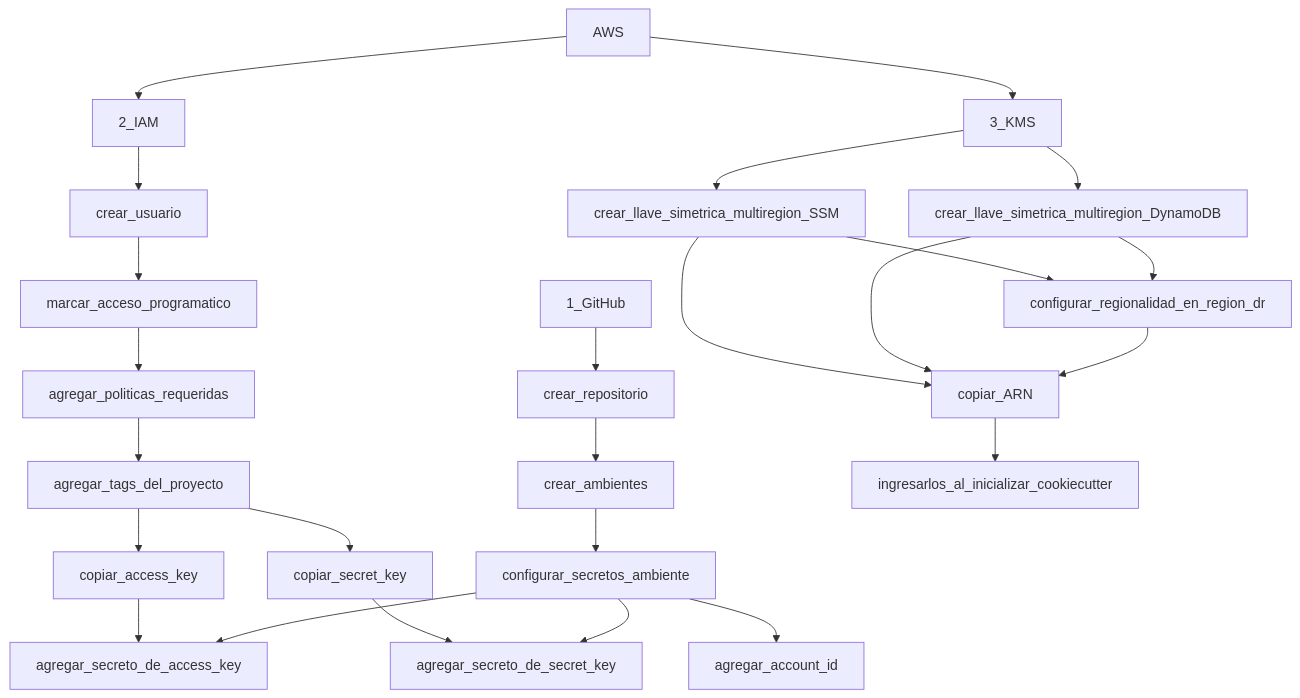
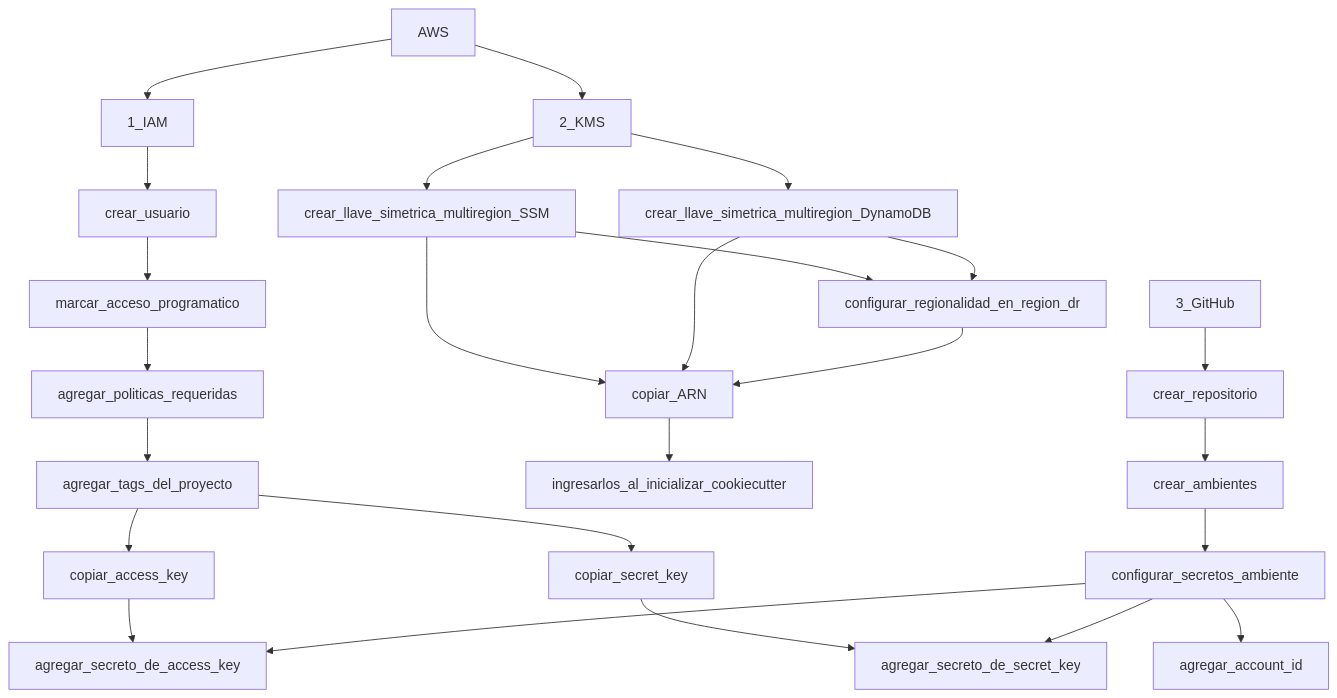
Before and after one commit to spsmexico/aws_sam_github_quickstart_template: the diagram in README.md, drawn with Mermaid. The commit also changed other lines of this file and 13 other files, not shown here.

````diff
--- a/README.md
+++ b/README.md
@@ -147,31 +147,32 @@
 ```mermaid
   graph TD;
 
-      1_GitHub-->crear_repositorio;
+
+      AWS-->1_IAM;
+      1_IAM-->crear_usuario;
+      crear_usuario-->marcar_acceso_programatico;
+      marcar_acceso_programatico-->agregar_politicas_requeridas;
+      agregar_politicas_requeridas-->agregar_tags_del_proyecto;
+      agregar_tags_del_proyecto-->copiar_access_key;
+      agregar_tags_del_proyecto-->copiar_secret_key;
+      
+      AWS-->2_KMS;
+      2_KMS-->crear_llave_simetrica_multiregion_SSM;
+      crear_llave_simetrica_multiregion_SSM-->copiar_ARN;
+      2_KMS-->crear_llave_simetrica_multiregion_DynamoDB;
+      crear_llave_simetrica_multiregion_DynamoDB-->copiar_ARN;
+      crear_llave_simetrica_multiregion_SSM-->configurar_regionalidad_en_region_dr;
+      crear_llave_simetrica_multiregion_DynamoDB-->configurar_regionalidad_en_region_dr;
+      configurar_regionalidad_en_region_dr-->copiar_ARN;
+      copiar_ARN-->ingresarlos_al_inicializar_cookiecutter;    
+
+      3_GitHub-->crear_repositorio;
       crear_repositorio-->crear_ambientes;
       crear_ambientes-->configurar_secretos_ambiente;
       copiar_access_key-->agregar_secreto_de_access_key;
       copiar_secret_key-->agregar_secreto_de_secret_key;
       configurar_secretos_ambiente-->agregar_secreto_de_access_key;
       configurar_secretos_ambiente-->agregar_secreto_de_secret_key;
       configurar_secretos_ambiente-->agregar_account_id;
-        
-      AWS-->2_IAM;
-      2_IAM-->crear_usuario;
-      crear_usuario-->marcar_acceso_programatico;
-      marcar_acceso_programatico-->agregar_politicas_requeridas;
-      agregar_politicas_requeridas-->agregar_tags_del_proyecto;
-      agregar_tags_del_proyecto-->copiar_access_key;
-      agregar_tags_del_proyecto-->copiar_secret_key;
-      
-
-      AWS-->3_KMS;
-      3_KMS-->crear_llave_simetrica_multiregion_SSM;
-      crear_llave_simetrica_multiregion_SSM-->copiar_ARN;
-      3_KMS-->crear_llave_simetrica_multiregion_DynamoDB;
-      crear_llave_simetrica_multiregion_DynamoDB-->copiar_ARN;
-      crear_llave_simetrica_multiregion_SSM-->configurar_regionalidad_en_region_dr;
-      crear_llave_simetrica_multiregion_DynamoDB-->configurar_regionalidad_en_region_dr;
-      configurar_regionalidad_en_region_dr-->copiar_ARN;
-      copiar_ARN-->ingresarlos_al_inicializar_cookiecutter;      
+                
 ```
````
